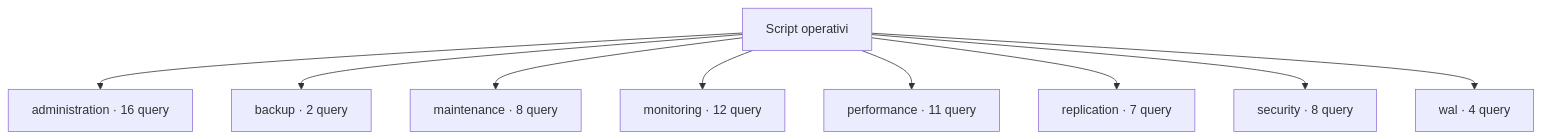
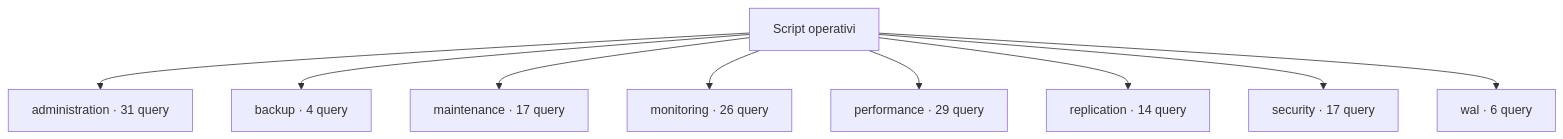
One commit to Mohamed-DN/PG-DN_scripts changed the diagram in scripts/README.md. Above: the diagram before and after it, drawn with Mermaid. The commit also changed other lines of this file and 533 other files, not shown here.

````diff
--- a/scripts/README.md
+++ b/scripts/README.md
@@ -11,12 +191,12 @@
 ```mermaid
 flowchart TD
     root["Script operativi"]
-    root --> c0["administration · 16 query"]
-    root --> c1["backup · 2 query"]
-    root --> c2["maintenance · 8 query"]
-    root --> c3["monitoring · 12 query"]
-    root --> c4["performance · 11 query"]
-    root --> c5["replication · 7 query"]
-    root --> c6["security · 8 query"]
-    root --> c7["wal · 4 query"]
+    root --> c0["administration · 31 query"]
+    root --> c1["backup · 4 query"]
+    root --> c2["maintenance · 17 query"]
+    root --> c3["monitoring · 26 query"]
+    root --> c4["performance · 29 query"]
+    root --> c5["replication · 14 query"]
+    root --> c6["security · 17 query"]
+    root --> c7["wal · 6 query"]
 ```
````
